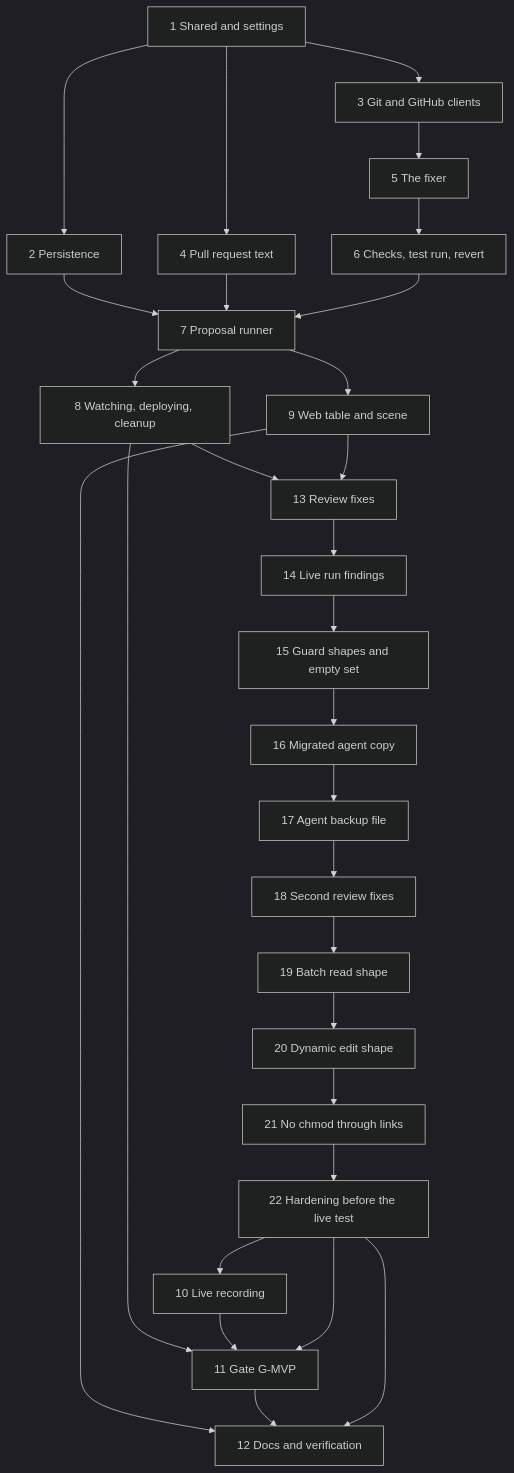
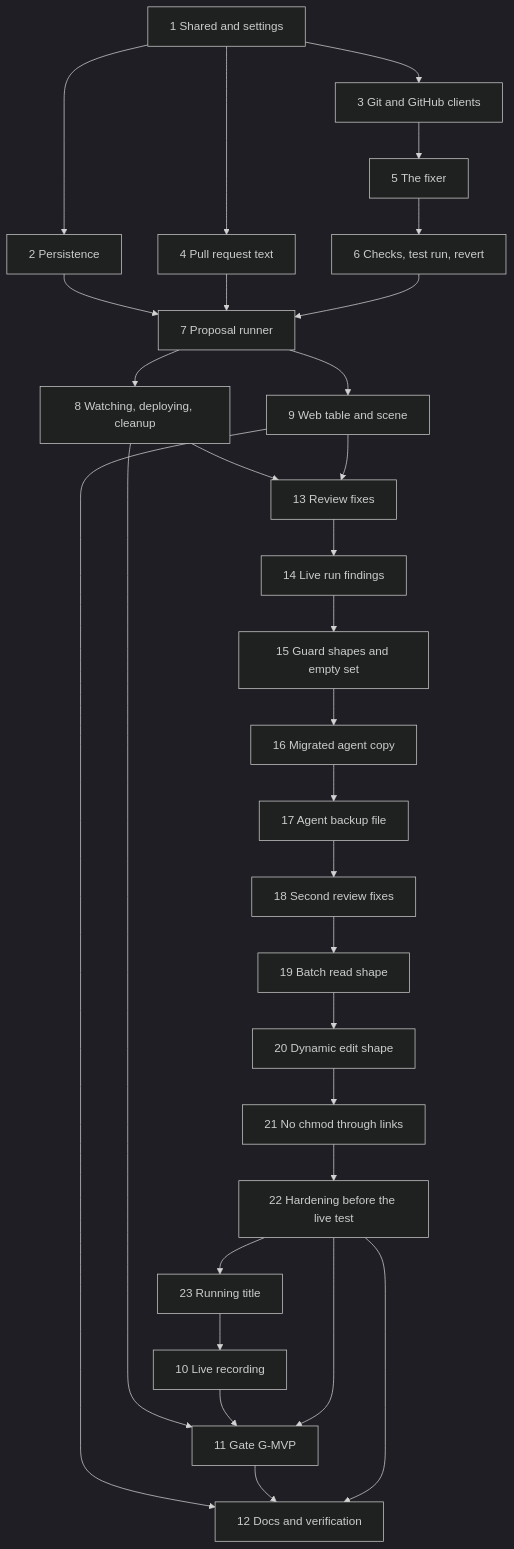
The diagram in .kiro/specs/fix-proposal-flow/tasks.md (Akar-Samudra-Artifisial/Haunted-Ops), drawn with Mermaid (dark theme) before and after one commit. The commit also changed other lines of this file and 38 other files, not shown here.

````diff
--- a/.kiro/specs/fix-proposal-flow/tasks.md
+++ b/.kiro/specs/fix-proposal-flow/tasks.md
@@ -307,31 +310,32 @@
 ```mermaid
 graph TD
   T1[1 Shared and settings] --> T2[2 Persistence]
   T1 --> T3[3 Git and GitHub clients]
   T1 --> T4[4 Pull request text]
   T3 --> T5[5 The fixer]
   T5 --> T6[6 Checks, test run, revert]
   T2 --> T7[7 Proposal runner]
   T4 --> T7
   T6 --> T7
   T7 --> T8[8 Watching, deploying, cleanup]
   T7 --> T9[9 Web table and scene]
   T8 --> T13[13 Review fixes]
   T9 --> T13
   T13 --> T14[14 Live run findings]
   T14 --> T15[15 Guard shapes and empty set]
   T15 --> T16[16 Migrated agent copy]
   T16 --> T17[17 Agent backup file]
   T17 --> T18[18 Second review fixes]
   T18 --> T19[19 Batch read shape]
   T19 --> T20[20 Dynamic edit shape]
   T20 --> T21[21 No chmod through links]
   T21 --> T22[22 Hardening before the live test]
-  T22 --> T10[10 Live recording]
+  T22 --> T23[23 Running title]
+  T23 --> T10[10 Live recording]
   T8 --> T11[11 Gate G-MVP]
   T10 --> T11
   T22 --> T11
   T9 --> T12[12 Docs and verification]
   T11 --> T12
   T22 --> T12
 ```
````
